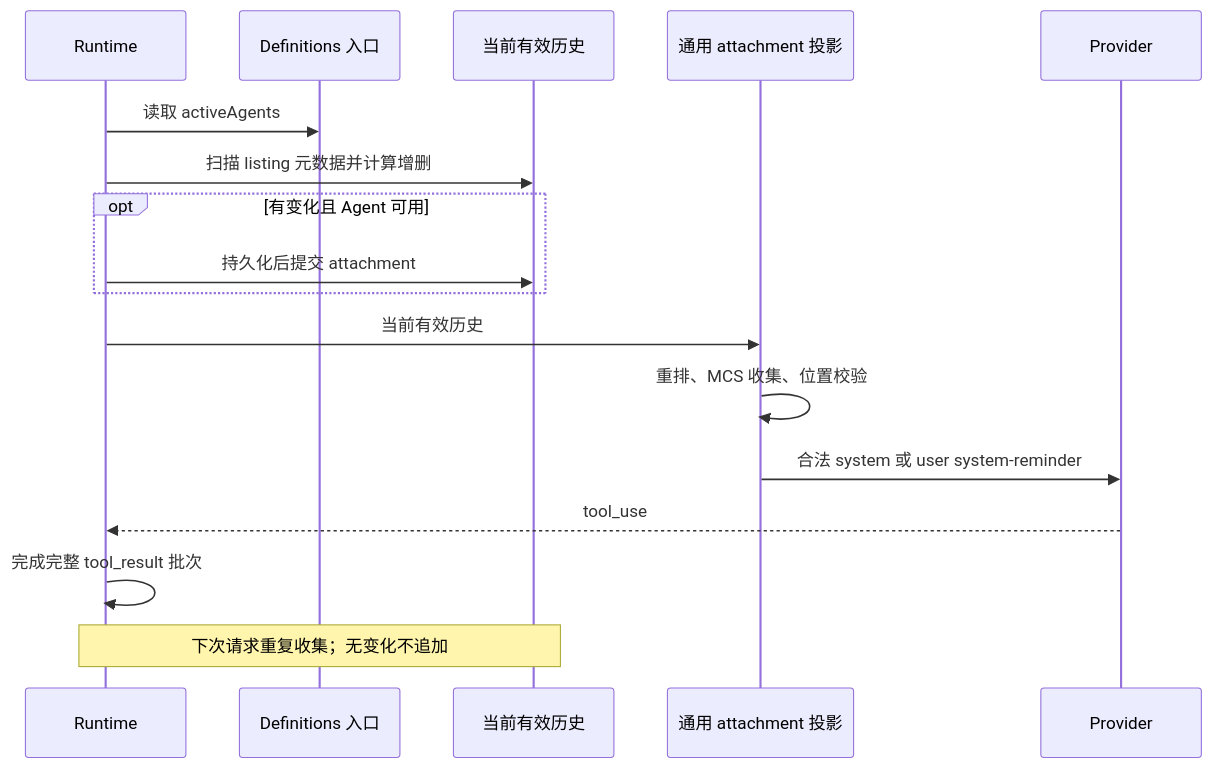
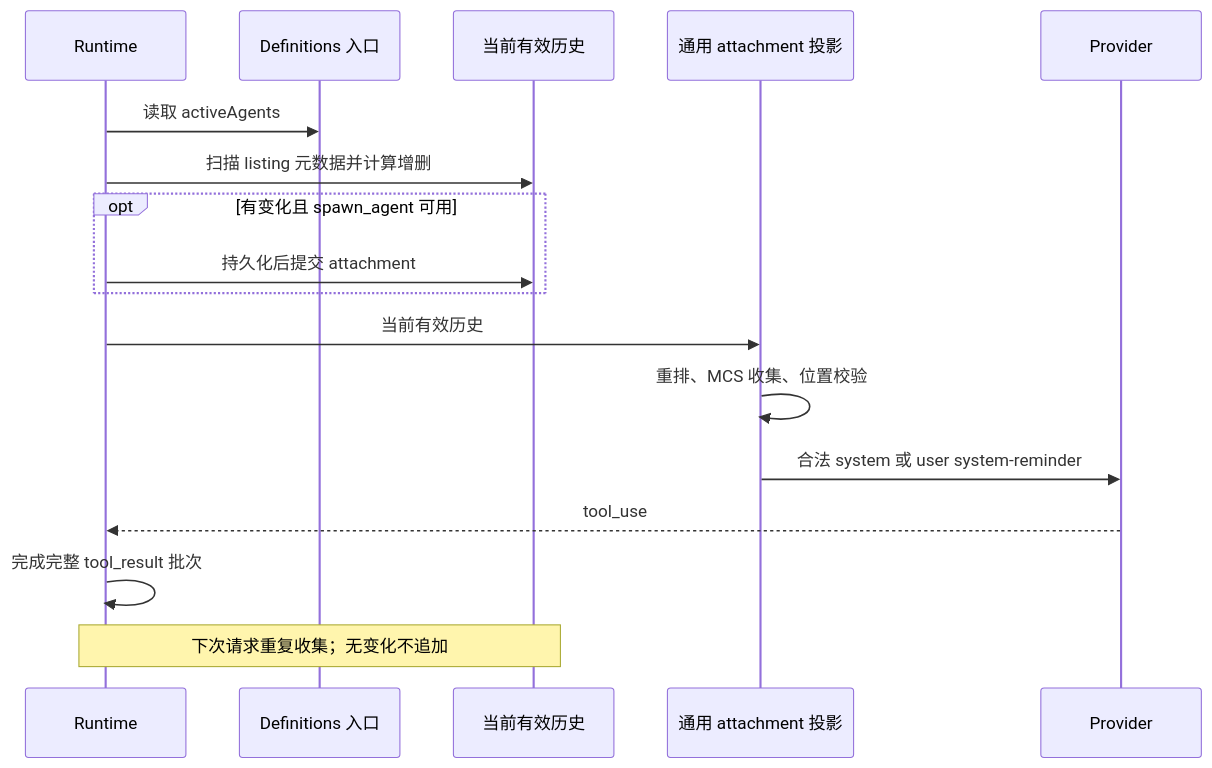
One commit to Rain-kl/ZCode changed the diagram in docs/subagent-listing-attachment.md. Above: the diagram before and after it, drawn with Mermaid. The commit also changed other lines of this file and 9 other files, not shown here.

````diff
--- a/docs/subagent-listing-attachment.md
+++ b/docs/subagent-listing-attachment.md
@@ -37,19 +42,19 @@
 ```mermaid
 sequenceDiagram
     participant R as Runtime
     participant D as Definitions 入口
     participant H as 当前有效历史
     participant F as 通用 attachment 投影
     participant P as Provider
     R->>D: 读取 activeAgents
     R->>H: 扫描 listing 元数据并计算增删
-    opt 有变化且 Agent 可用
+    opt 有变化且 spawn_agent 可用
         R->>H: 持久化后提交 attachment
     end
     R->>F: 当前有效历史
     F->>F: 重排、MCS 收集、位置校验
     F->>P: 合法 system 或 user system-reminder
     P-->>R: tool_use
     R->>R: 完成完整 tool_result 批次
     Note over R,H: 下次请求重复收集；无变化不追加
 ```
````
